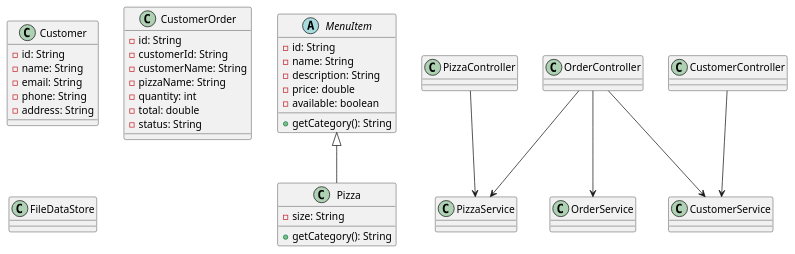
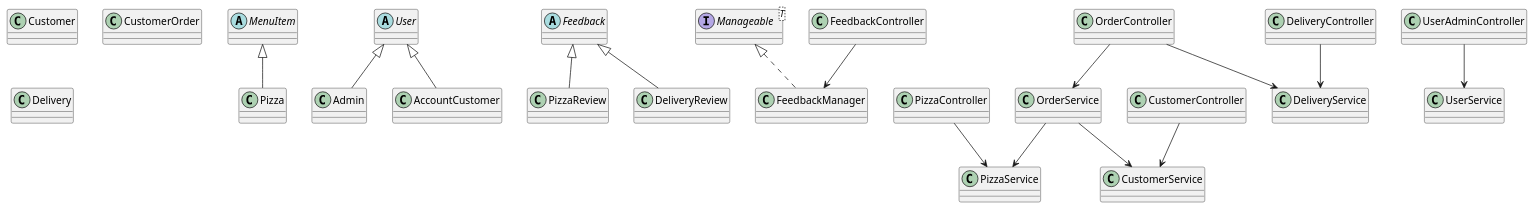
One commit to IT26100510/OOP-project-new changed the diagram in pizza-delivery-management/docs/class-diagram.md. Above: the diagram before and after it, drawn with PlantUML. The commit also changed other lines of this file and 35 other files, not shown here.

First line of the commit message:
Sync latest OOP project: delivery, feedback and user admin modules

````diff
--- a/pizza-delivery-management/docs/class-diagram.md
+++ b/pizza-delivery-management/docs/class-diagram.md
@@ -3,48 +3,34 @@
 ```plantuml
 @startuml
-abstract class MenuItem {
-  - id: String
-  - name: String
-  - description: String
-  - price: double
-  - available: boolean
-  + getCategory(): String
-}
-class Pizza {
-  - size: String
-  + getCategory(): String
-}
-class Customer {
-  - id: String
-  - name: String
-  - email: String
-  - phone: String
-  - address: String
-}
-class CustomerOrder {
-  - id: String
-  - customerId: String
-  - customerName: String
-  - pizzaName: String
-  - quantity: int
-  - total: double
-  - status: String
-}
-class FileDataStore
-class PizzaService
-class CustomerService
-class OrderService
-class PizzaController
-class CustomerController
-class OrderController
+abstract class MenuItem
+class Pizza
+class Customer
+class CustomerOrder
+class Delivery
+abstract class User
+class Admin
+class AccountCustomer
+abstract class Feedback
+class PizzaReview
+class DeliveryReview
+interface Manageable<T>
+class FeedbackManager
+
 MenuItem <|-- Pizza
-
-
+User <|-- Admin
+User <|-- AccountCustomer
+Feedback <|-- PizzaReview
+Feedback <|-- DeliveryReview
+Manageable <|.. FeedbackManager
 
 PizzaController --> PizzaService
 CustomerController --> CustomerService
 OrderController --> OrderService
-OrderController --> CustomerService
-OrderController --> PizzaService
+OrderController --> DeliveryService
+DeliveryController --> DeliveryService
+FeedbackController --> FeedbackManager
+UserAdminController --> UserService
+OrderService --> CustomerService
+OrderService --> PizzaService
 @enduml
 ```
````
